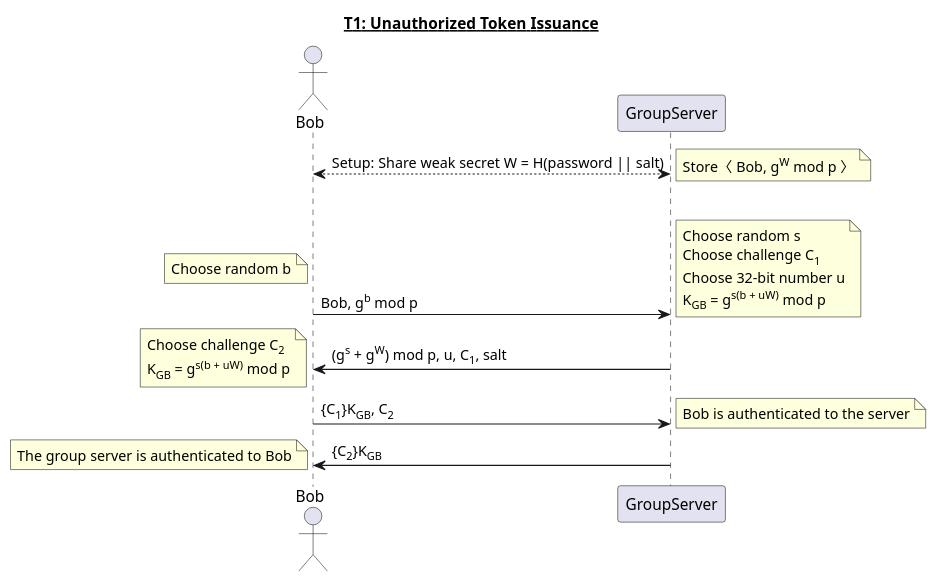
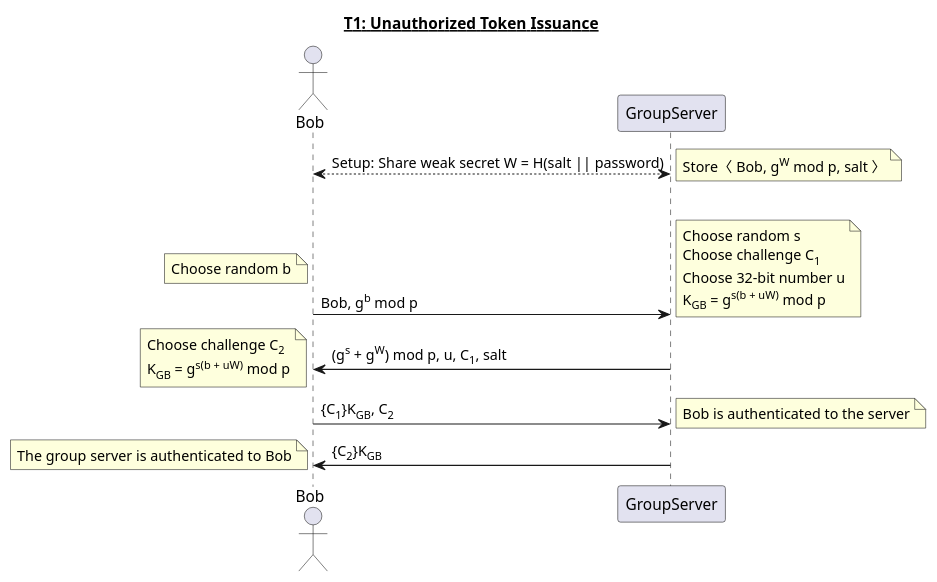
The diagram in reports/img/T1.puml (jondyer/cs1653-2017fa-jbd29-mar257-zds14), drawn with PlantUML before and after one commit.

```diff
--- a/reports/img/T1.puml
+++ b/reports/img/T1.puml
@@ -1,26 +1,26 @@
 @startuml
 title __T1: Unauthorized Token Issuance__
 actor Bob
 
-Bob <--> GroupServer: Setup: Share weak secret W = H(password || salt)
-note right: Store〈 Bob, g<sup>W</sup> mod p 〉
+Bob <--> GroupServer: Setup: Share weak secret W = H(salt || password)
+note right: Store〈 Bob, g<sup>W</sup> mod p, salt 〉
 |||
 Bob -> GroupServer: Bob, g<sup>b</sup> mod p 
 note left: Choose random b
 note right
 	Choose random s
 	Choose challenge C<sub>1</sub>
 	Choose 32-bit number u
 	K<sub>GB</sub> = g<sup>s(b + uW)</sup> mod p
 end note
 
 GroupServer -> Bob: (g<sup>s</sup> + g<sup>W</sup>) mod p, u, C<sub>1</sub>, salt
 note left
 	Choose challenge C<sub>2</sub>
 	K<sub>GB</sub> = g<sup>s(b + uW)</sup> mod p
 end note
 Bob -> GroupServer: {C<sub>1</sub>}K<sub>GB</sub>, C<sub>2</sub>
 note right: Bob is authenticated to the server
 GroupServer -> Bob: {C<sub>2</sub>}K<sub>GB</sub>
 note left: The group server is authenticated to Bob
 @enduml
```
